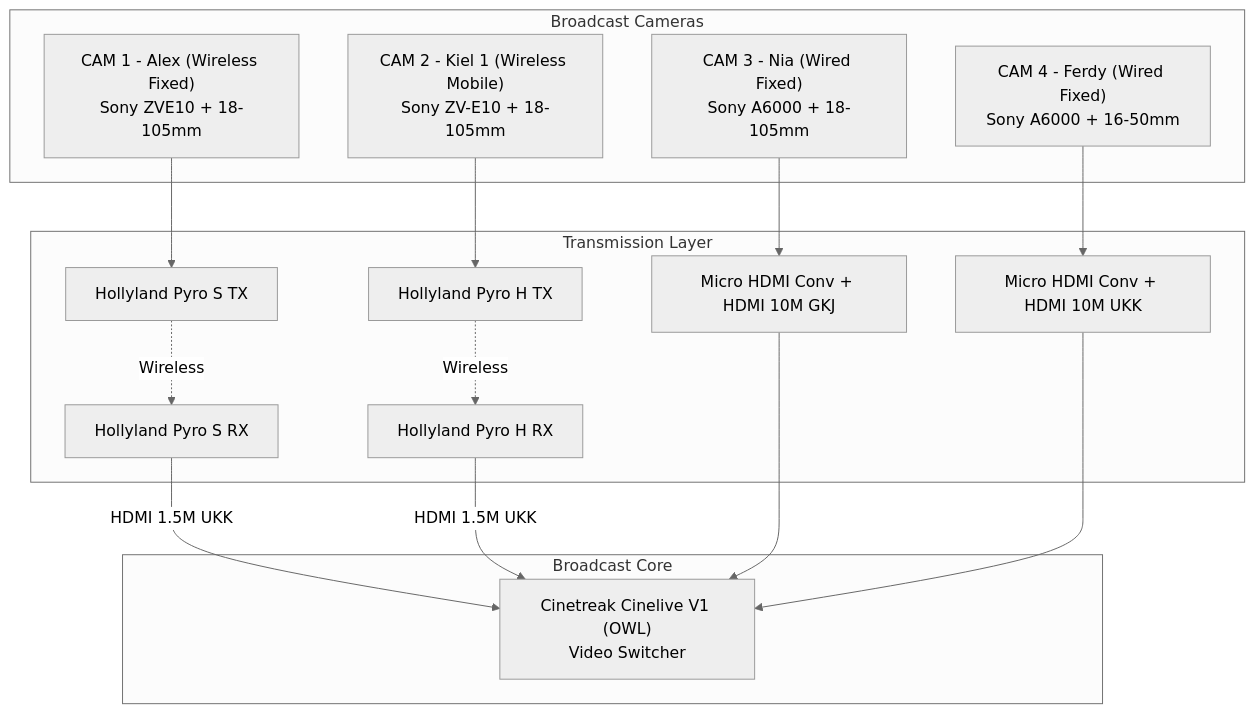
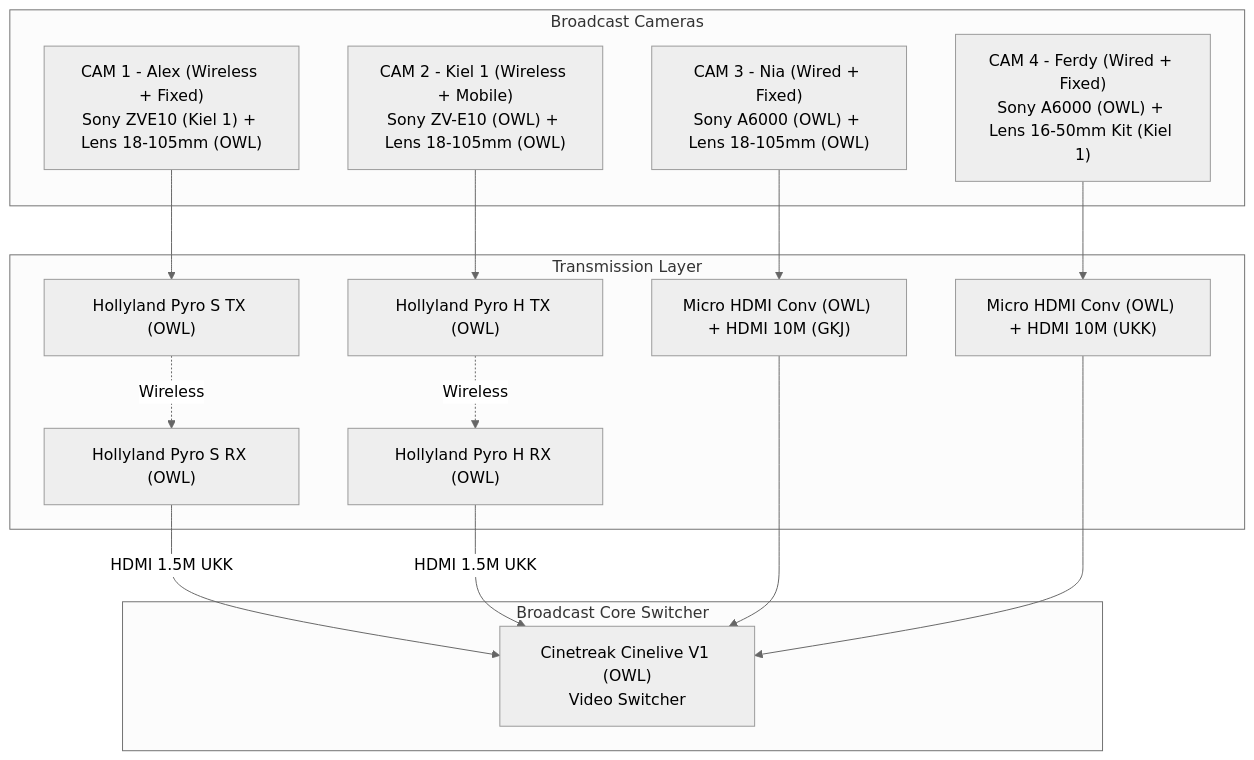
The first of 4 diagrams in README.md (zzdree/ip26-production), drawn with Mermaid (neutral theme) before and after one commit. The commit also changed other lines of this file, not shown here.

````diff
--- a/README.md
+++ b/README.md
@@ -76,27 +93,27 @@
 ```mermaid
 flowchart TD
     subgraph CAMERAS["Broadcast Cameras"]
-        CAM1["CAM 1 - Alex (Wireless Fixed)<br/>Sony ZVE10 + 18-105mm"]
-        CAM2["CAM 2 - Kiel 1 (Wireless Mobile)<br/>Sony ZV-E10 + 18-105mm"]
-        CAM3["CAM 3 - Nia (Wired Fixed)<br/>Sony A6000 + 18-105mm"]
-        CAM4["CAM 4 - Ferdy (Wired Fixed)<br/>Sony A6000 + 16-50mm"]
+        CAM1["CAM 1 - Alex (Wireless + Fixed)<br/>Sony ZVE10 (Kiel 1) + Lens 18-105mm (OWL)"]
+        CAM2["CAM 2 - Kiel 1 (Wireless + Mobile)<br/>Sony ZV-E10 (OWL) + Lens 18-105mm (OWL)"]
+        CAM3["CAM 3 - Nia (Wired + Fixed)<br/>Sony A6000 (OWL) + Lens 18-105mm (OWL)"]
+        CAM4["CAM 4 - Ferdy (Wired + Fixed)<br/>Sony A6000 (OWL) + Lens 16-50mm Kit (Kiel 1)"]
     end
 
     subgraph TRANSMISSION["Transmission Layer"]
-        TX1["Hollyland Pyro S TX"]
-        RX1["Hollyland Pyro S RX"]
-        TX2["Hollyland Pyro H TX"]
-        RX2["Hollyland Pyro H RX"]
-        CONV3["Micro HDMI Conv + HDMI 10M GKJ"]
-        CONV4["Micro HDMI Conv + HDMI 10M UKK"]
+        TX1["Hollyland Pyro S TX (OWL)"]
+        RX1["Hollyland Pyro S RX (OWL)"]
+        TX2["Hollyland Pyro H TX (OWL)"]
+        RX2["Hollyland Pyro H RX (OWL)"]
+        CONV3["Micro HDMI Conv (OWL) + HDMI 10M (GKJ)"]
+        CONV4["Micro HDMI Conv (OWL) + HDMI 10M (UKK)"]
     end
 
-    subgraph ENGINE["Broadcast Core"]
+    subgraph ENGINE["Broadcast Core Switcher"]
         SWITCHER["Cinetreak Cinelive V1 (OWL)<br/>Video Switcher"]
     end
 
     CAM1 --> TX1 -. Wireless .-> RX1 -->|HDMI 1.5M UKK| SWITCHER
     CAM2 --> TX2 -. Wireless .-> RX2 -->|HDMI 1.5M UKK| SWITCHER
     CAM3 --> CONV3 --> SWITCHER
     CAM4 --> CONV4 --> SWITCHER
 ```
````
